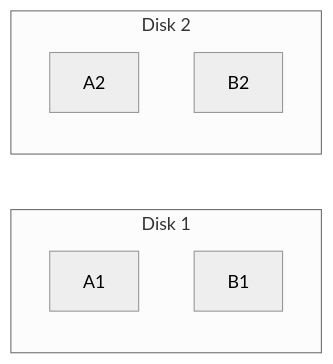
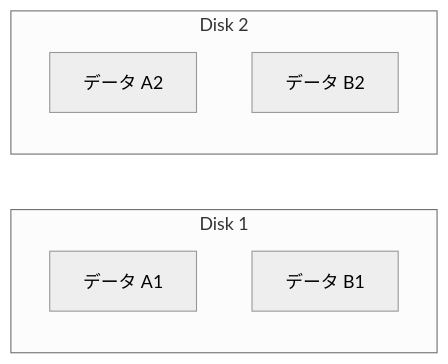
Before and after one commit to Bassiy/share_knowledge: the first of 5 diagrams in concepts/raid.md, drawn with Mermaid (neutral theme). The commit also changed other lines of this file, not shown here.

````diff
--- a/concepts/raid.md
+++ b/concepts/raid.md
@@ -41,11 +41,11 @@
 ```mermaid
 flowchart LR
   subgraph D1["Disk 1"]
-    a1["A1"]
-    b1["B1"]
+    a1["データ A1"]
+    b1["データ B1"]
   end
   subgraph D2["Disk 2"]
-    a2["A2"]
-    b2["B2"]
+    a2["データ A2"]
+    b2["データ B2"]
   end
 ```
````
